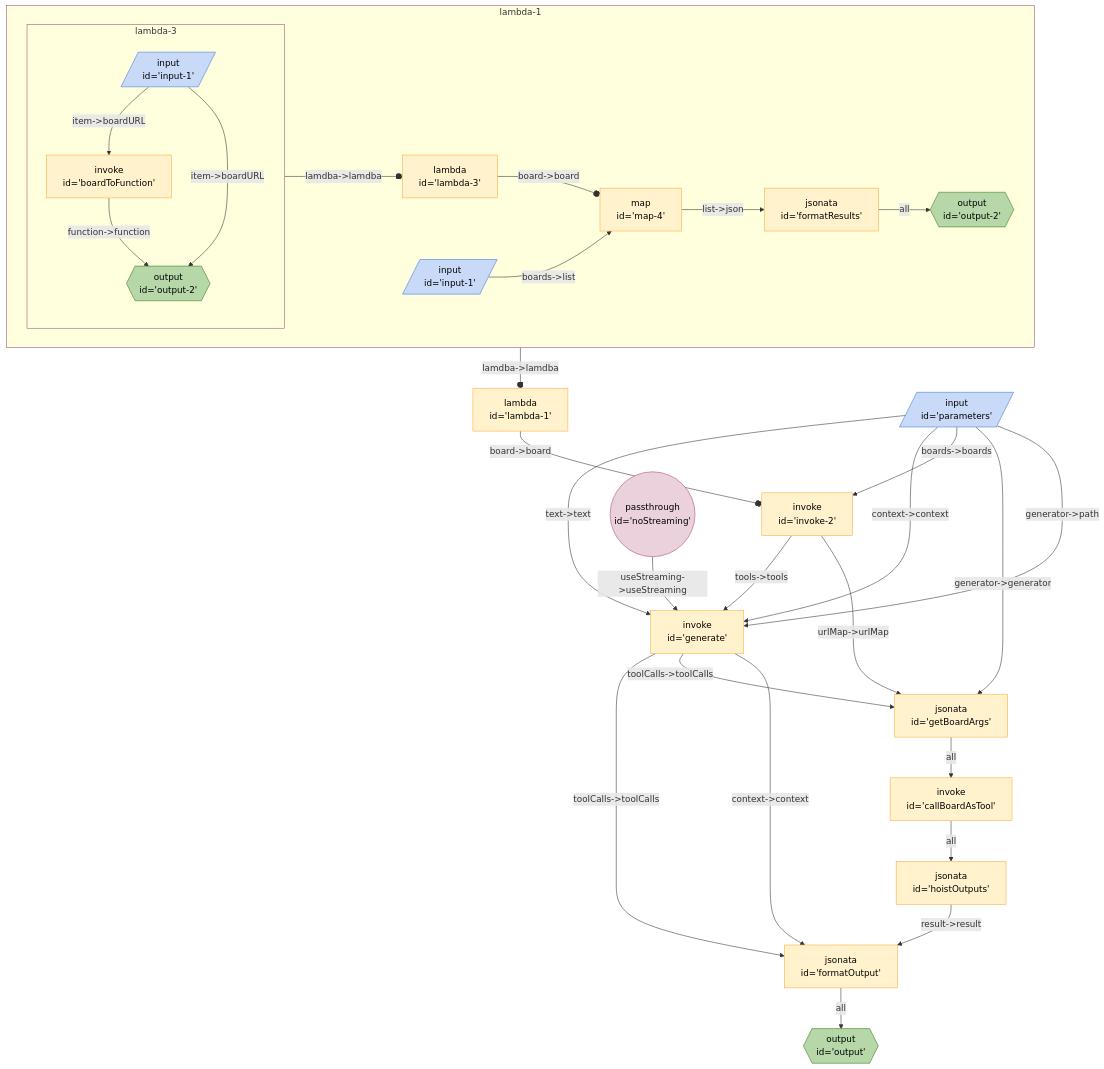
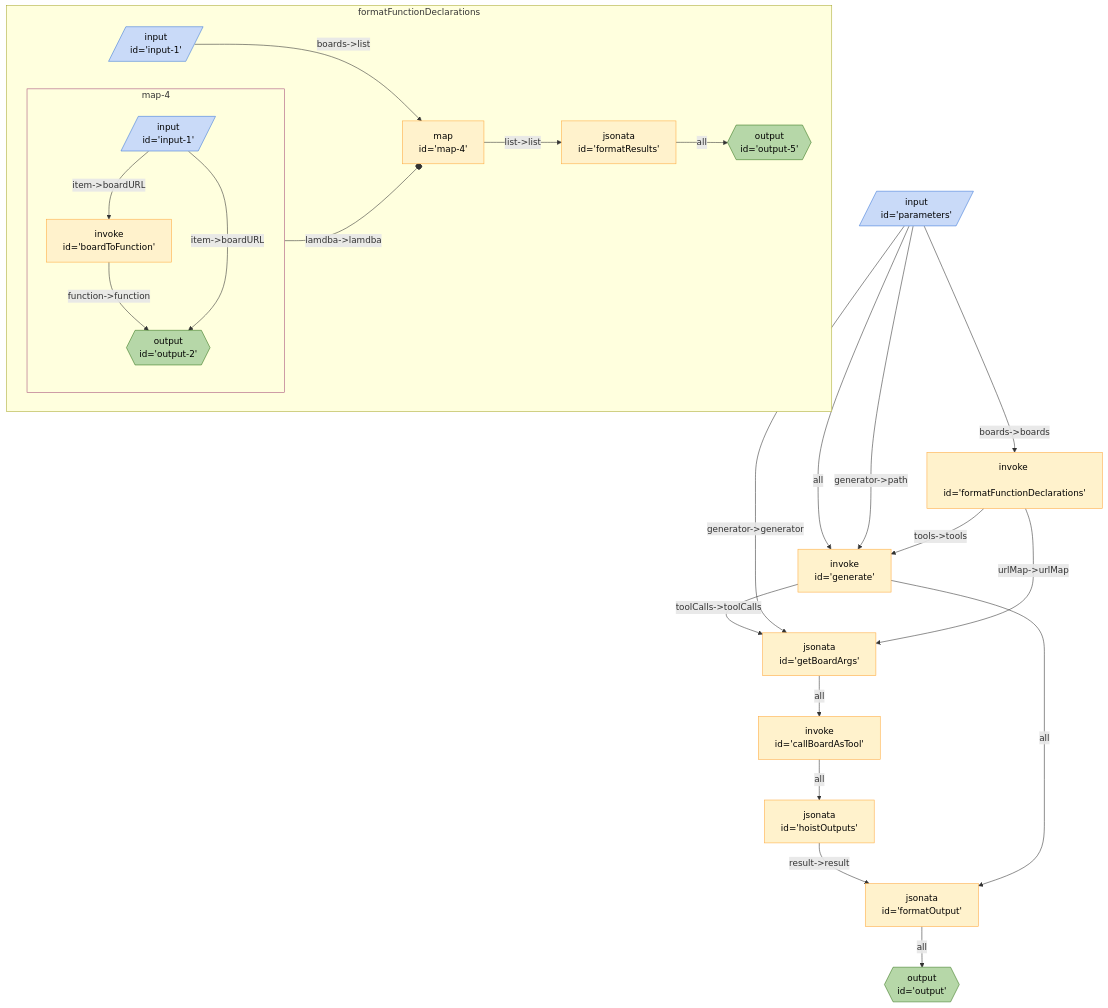
Before and after one commit to breadboard-ai/breadboard: the diagram in packages/breadboard-web/docs/graphs/board-caller.md, drawn with Mermaid. The commit also changed 3 other files, not shown here.

````diff
--- a/packages/breadboard-web/docs/graphs/board-caller.md
+++ b/packages/breadboard-web/docs/graphs/board-caller.md
@@ -3,43 +3,38 @@
 ```mermaid
 %%{init: 'themeVariables': { 'fontFamily': 'Fira Code, monospace' }}%%
 graph TD;
-lambda1["lambda <br> id='lambda-1'"] -- "board->board" --o invoke2["invoke <br> id='invoke-2'"]
-subgraph sg_lambda1 [lambda-1]
-lambda1_lambda3["lambda <br> id='lambda-3'"] -- "board->board" --o lambda1_map4["map <br> id='map-4'"]
-subgraph sg_lambda3 [lambda-3]
-lambda1_lambda3_boardToFunction["invoke <br> id='boardToFunction'"] -- "function->function" --> lambda1_lambda3_output2{{"output <br> id='output-2'"}}:::output
-lambda1_lambda3_input1[/"input <br> id='input-1'"/]:::input -- "item->boardURL" --> lambda1_lambda3_boardToFunction["invoke <br> id='boardToFunction'"]
-lambda1_lambda3_input1[/"input <br> id='input-1'"/]:::input -- "item->boardURL" --> lambda1_lambda3_output2{{"output <br> id='output-2'"}}:::output
-end
-sg_lambda3:::slotted -- "lamdba->lamdba" --o lambda1_lambda3
-
-lambda1_formatResults["jsonata <br> id='formatResults'"] -- all --> lambda1_output2{{"output <br> id='output-2'"}}:::output
-lambda1_map4["map <br> id='map-4'"] -- "list->json" --> lambda1_formatResults["jsonata <br> id='formatResults'"]
-lambda1_input1[/"input <br> id='input-1'"/]:::input -- "boards->list" --> lambda1_map4["map <br> id='map-4'"]
-end
-sg_lambda1:::slotted -- "lamdba->lamdba" --o lambda1
-
-noStreaming(("passthrough <br> id='noStreaming'")):::passthrough -- "useStreaming->useStreaming" --> generate["invoke <br> id='generate'"]
-generate["invoke <br> id='generate'"] -- "toolCalls->toolCalls" --> formatOutput["jsonata <br> id='formatOutput'"]
-parameters[/"input <br> id='parameters'"/]:::input -- "text->text" --> generate["invoke <br> id='generate'"]
-parameters[/"input <br> id='parameters'"/]:::input -- "context->context" --> generate["invoke <br> id='generate'"]
-invoke2["invoke <br> id='invoke-2'"] -- "tools->tools" --> generate["invoke <br> id='generate'"]
-invoke2["invoke <br> id='invoke-2'"] -- "urlMap->urlMap" --> getBoardArgs["jsonata <br> id='getBoardArgs'"]
-parameters[/"input <br> id='parameters'"/]:::input -- "boards->boards" --> invoke2["invoke <br> id='invoke-2'"]
 formatOutput["jsonata <br> id='formatOutput'"] -- all --> output{{"output <br> id='output'"}}:::output
 hoistOutputs["jsonata <br> id='hoistOutputs'"] -- "result->result" --> formatOutput["jsonata <br> id='formatOutput'"]
+generate["invoke <br> id='generate'"] -- "toolCalls->toolCalls" --> getBoardArgs["jsonata <br> id='getBoardArgs'"]
+generate["invoke <br> id='generate'"] -- all --> formatOutput["jsonata <br> id='formatOutput'"]
 callBoardAsTool["invoke <br> id='callBoardAsTool'"] -- all --> hoistOutputs["jsonata <br> id='hoistOutputs'"]
+parameters[/"input <br> id='parameters'"/]:::input -- "boards->boards" --> formatFunctionDeclarations["invoke <br> id='formatFunctionDeclarations'"]
+parameters[/"input <br> id='parameters'"/]:::input -- all --> generate["invoke <br> id='generate'"]
+parameters[/"input <br> id='parameters'"/]:::input -- "generator->path" --> generate["invoke <br> id='generate'"]
+parameters[/"input <br> id='parameters'"/]:::input -- "generator->generator" --> getBoardArgs["jsonata <br> id='getBoardArgs'"]
+formatFunctionDeclarations["invoke <br> id='formatFunctionDeclarations'"] -- "tools->tools" --> generate["invoke <br> id='generate'"]
+formatFunctionDeclarations["invoke <br> id='formatFunctionDeclarations'"] -- "urlMap->urlMap" --> getBoardArgs["jsonata <br> id='getBoardArgs'"]
 getBoardArgs["jsonata <br> id='getBoardArgs'"] -- all --> callBoardAsTool["invoke <br> id='callBoardAsTool'"]
-parameters[/"input <br> id='parameters'"/]:::input -- "generator->generator" --> getBoardArgs["jsonata <br> id='getBoardArgs'"]
-generate["invoke <br> id='generate'"] -- "toolCalls->toolCalls" --> getBoardArgs["jsonata <br> id='getBoardArgs'"]
-generate["invoke <br> id='generate'"] -- "context->context" --> formatOutput["jsonata <br> id='formatOutput'"]
-parameters[/"input <br> id='parameters'"/]:::input -- "generator->path" --> generate["invoke <br> id='generate'"]
+
+subgraph sg_formatFunctionDeclarations [formatFunctionDeclarations]
+formatFunctionDeclarations_formatResults["jsonata <br> id='formatResults'"] -- all --> formatFunctionDeclarations_output5{{"output <br> id='output-5'"}}:::output
+formatFunctionDeclarations_map4["map <br> id='map-4'"] -- "list->list" --> formatFunctionDeclarations_formatResults["jsonata <br> id='formatResults'"]
+subgraph sg_map4 [map-4]
+formatFunctionDeclarations_map4_boardToFunction["invoke <br> id='boardToFunction'"] -- "function->function" --> formatFunctionDeclarations_map4_output2{{"output <br> id='output-2'"}}:::output
+formatFunctionDeclarations_map4_input1[/"input <br> id='input-1'"/]:::input -- "item->boardURL" --> formatFunctionDeclarations_map4_boardToFunction["invoke <br> id='boardToFunction'"]
+formatFunctionDeclarations_map4_input1[/"input <br> id='input-1'"/]:::input -- "item->boardURL" --> formatFunctionDeclarations_map4_output2{{"output <br> id='output-2'"}}:::output
+end
+sg_map4:::slotted -- "lamdba->lamdba" --o formatFunctionDeclarations_map4
+
+formatFunctionDeclarations_input1[/"input <br> id='input-1'"/]:::input -- "boards->list" --> formatFunctionDeclarations_map4["map <br> id='map-4'"]
+end
+
 classDef default stroke:#ffab40,fill:#fff2ccff,color:#000
 classDef input stroke:#3c78d8,fill:#c9daf8ff,color:#000
 classDef output stroke:#38761d,fill:#b6d7a8ff,color:#000
 classDef passthrough stroke:#a64d79,fill:#ead1dcff,color:#000
 classDef slot stroke:#a64d79,fill:#ead1dcff,color:#000
 classDef config stroke:#a64d79,fill:#ead1dcff,color:#000
 classDef secrets stroke:#db4437,fill:#f4cccc,color:#000
 classDef slotted stroke:#a64d79
 ```
````
